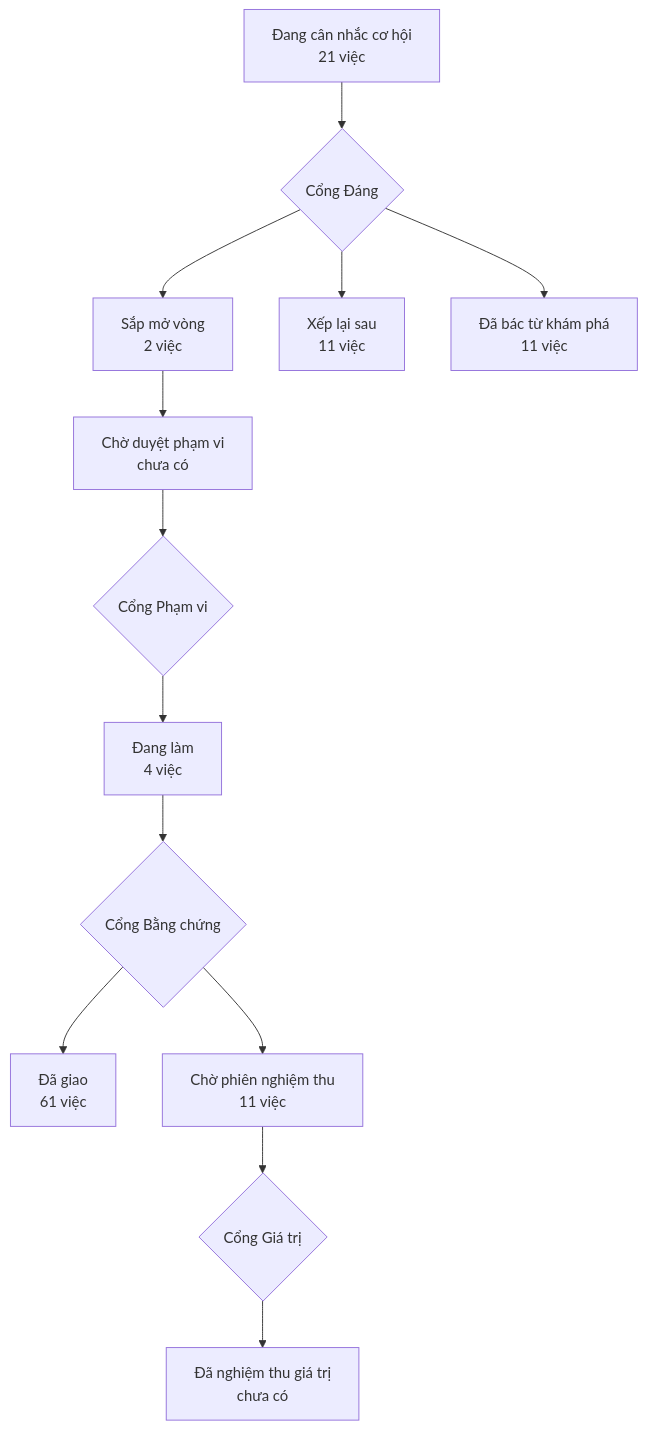
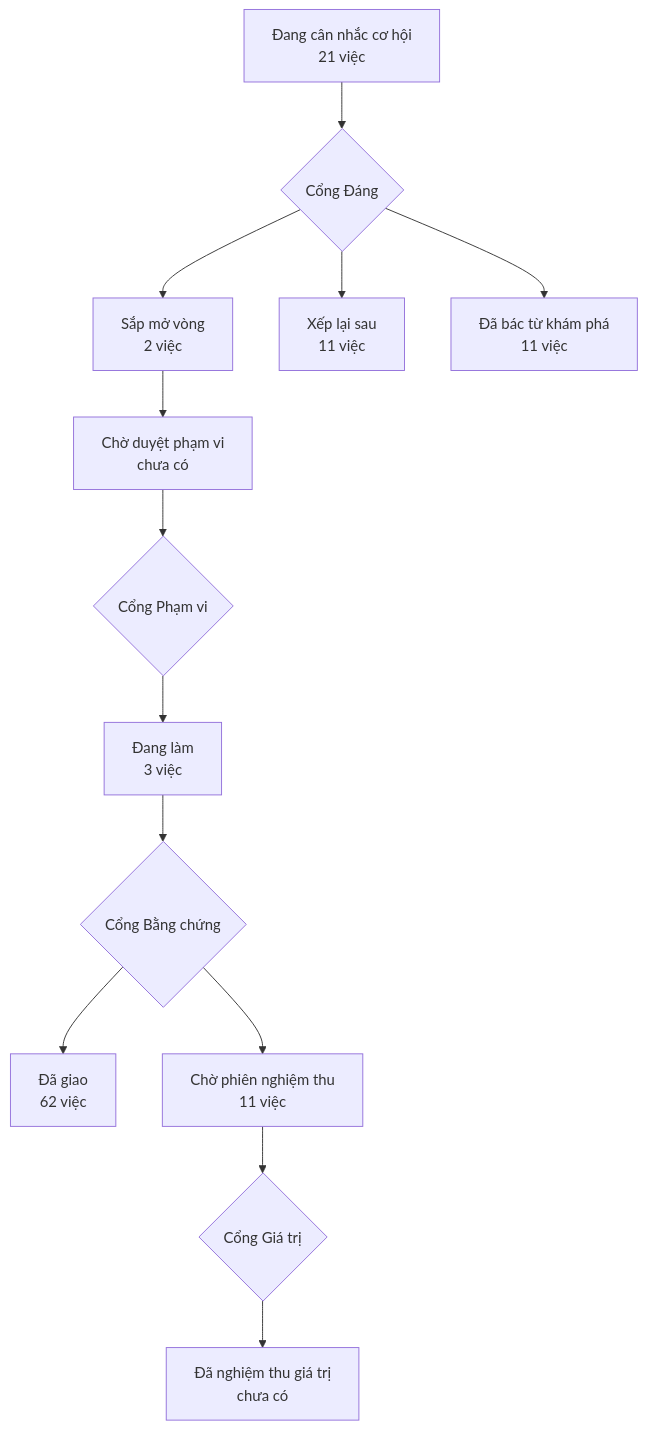
One commit to phanlemanh/acceptance-gate-kit changed the diagram in PRODUCT-MAP.md. Above: the diagram before and after it, drawn with Mermaid. The commit also changed 4 other files, not shown here.

````diff
--- a/PRODUCT-MAP.md
+++ b/PRODUCT-MAP.md
@@ -6,12 +6,12 @@
 ```mermaid
 flowchart TD
   A["Đang cân nhắc cơ hội<br/>21 việc"] --> GD{"Cổng Đáng"}
   GD --> B["Sắp mở vòng<br/>2 việc"]
   GD --> XL["Xếp lại sau<br/>11 việc"]
   GD --> DB["Đã bác từ khám phá<br/>11 việc"]
   B --> CD["Chờ duyệt phạm vi<br/>chưa có"] --> GP{"Cổng Phạm vi"}
-  GP --> DL["Đang làm<br/>4 việc"] --> GB{"Cổng Bằng chứng"}
-  GB --> DG["Đã giao<br/>61 việc"]
+  GP --> DL["Đang làm<br/>3 việc"] --> GB{"Cổng Bằng chứng"}
+  GB --> DG["Đã giao<br/>62 việc"]
   GB --> CN["Chờ phiên nghiệm thu<br/>11 việc"] --> GG{"Cổng Giá trị"}
   GG --> NT["Đã nghiệm thu giá trị<br/>chưa có"]
 ```
````
